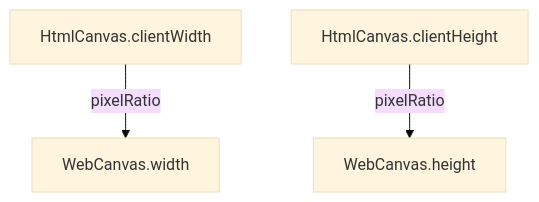
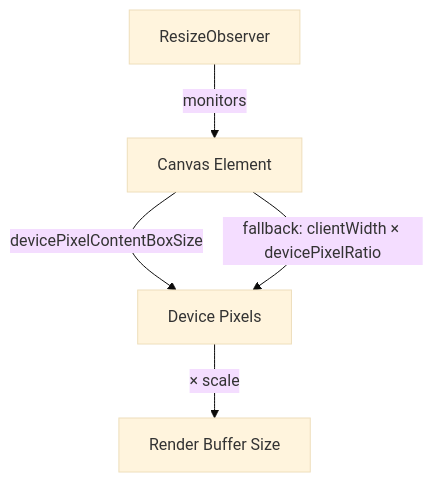
Before and after one commit to galacean/engine: the diagram in docs/en/core/canvas.mdx, drawn with Mermaid (base theme). The commit also changed other lines of this file and 7 other files, not shown here.

````diff
--- a/docs/en/core/canvas.mdx
+++ b/docs/en/core/canvas.mdx
@@ -34,5 +83,7 @@
 ```mermaid
 flowchart TD
-    A[HtmlCanvas.clientWidth] -->|pixelRatio| B[WebCanvas.width]
-    C[HtmlCanvas.clientHeight] -->|pixelRatio| D[WebCanvas.height]
+    A[ResizeObserver] -->|monitors| B[Canvas Element]
+    B -->|devicePixelContentBoxSize| C[Device Pixels]
+    B -->|fallback: clientWidth × devicePixelRatio| C
+    C -->|× scale| D[Render Buffer Size]
 ```
````
